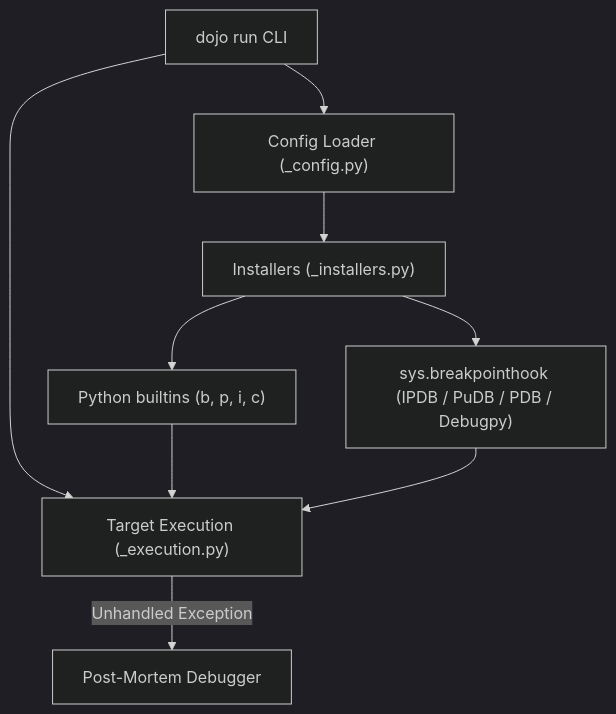
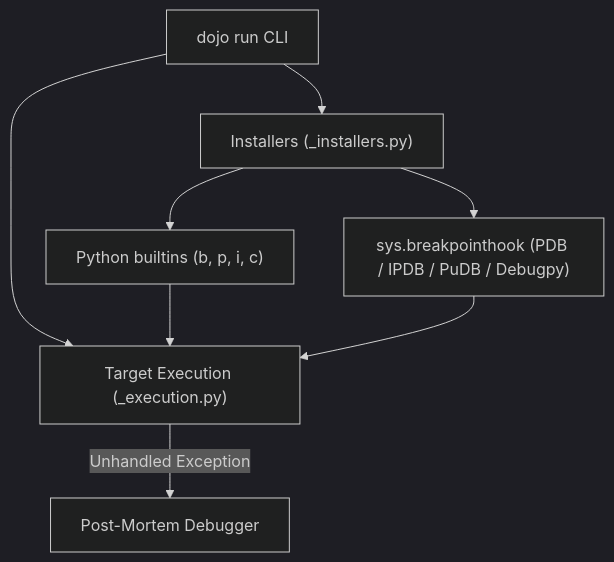
Before and after one commit to bwrob/debug-dojo: the first of 3 diagrams in docs/getting-started.md, drawn with Mermaid (dark theme). The commit also changed other lines of this file and 28 other files, not shown here.

First line of the commit message:
refactor: make debug-dojo opinionated, zero-config, and debugger-agnostic (#145)

````diff
--- a/docs/getting-started.md
+++ b/docs/getting-started.md
@@ -154,11 +153,10 @@
 ```mermaid
 flowchart TD
-    CLI["dojo run CLI"] --> CONFIG["Config Loader (_config.py)"]
-    CONFIG --> INSTALLER["Installers (_installers.py)"]
+    CLI["dojo run CLI"] --> INSTALLER["Installers (_installers.py)"]
     INSTALLER --> BUILTINS["Python builtins (b, p, i, c)"]
-    INSTALLER --> HOOK["sys.breakpointhook (IPDB / PuDB / PDB / Debugpy)"]
+    INSTALLER --> HOOK["sys.breakpointhook (PDB / IPDB / PuDB / Debugpy)"]
     CLI --> EXEC["Target Execution (_execution.py)"]
     BUILTINS --> EXEC
     HOOK --> EXEC
     EXEC -->|Unhandled Exception| PM["Post-Mortem Debugger"]
 ```
````
